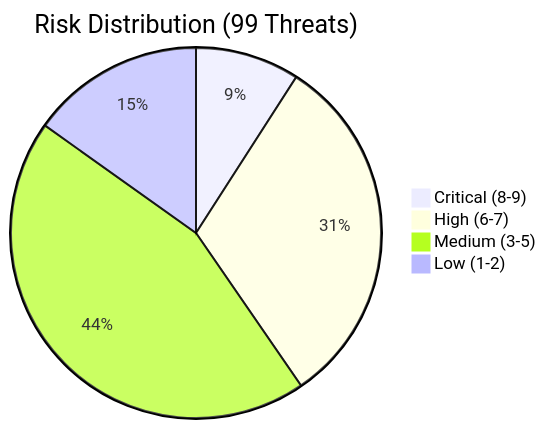
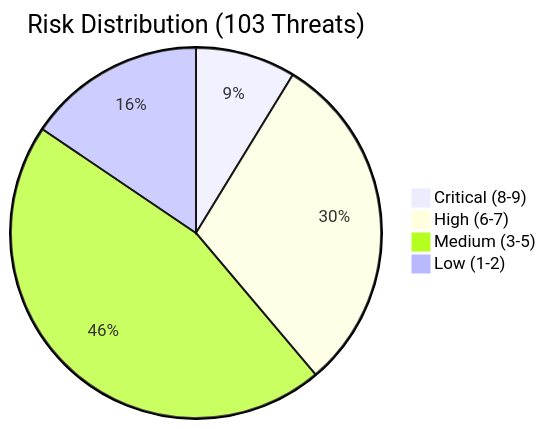
Before and after one commit to aws-solutions-library-samples/accelerated-intelligent-document-processing-on-aws: the diagram in security/threat-modeling/risk-assessment/risk-matrix.md, drawn with Mermaid. The commit also changed other lines of this file and 17 other files, not shown here.

````diff
--- a/security/threat-modeling/risk-assessment/risk-matrix.md
+++ b/security/threat-modeling/risk-assessment/risk-matrix.md
@@ -173,7 +177,7 @@
 ```mermaid
-pie title Risk Distribution (99 Threats)
+pie title Risk Distribution (103 Threats)
     "Critical (8-9)" : 9
     "High (6-7)" : 31
-    "Medium (3-5)" : 44
-    "Low (1-2)" : 15
+    "Medium (3-5)" : 47
+    "Low (1-2)" : 16
 ```
````
